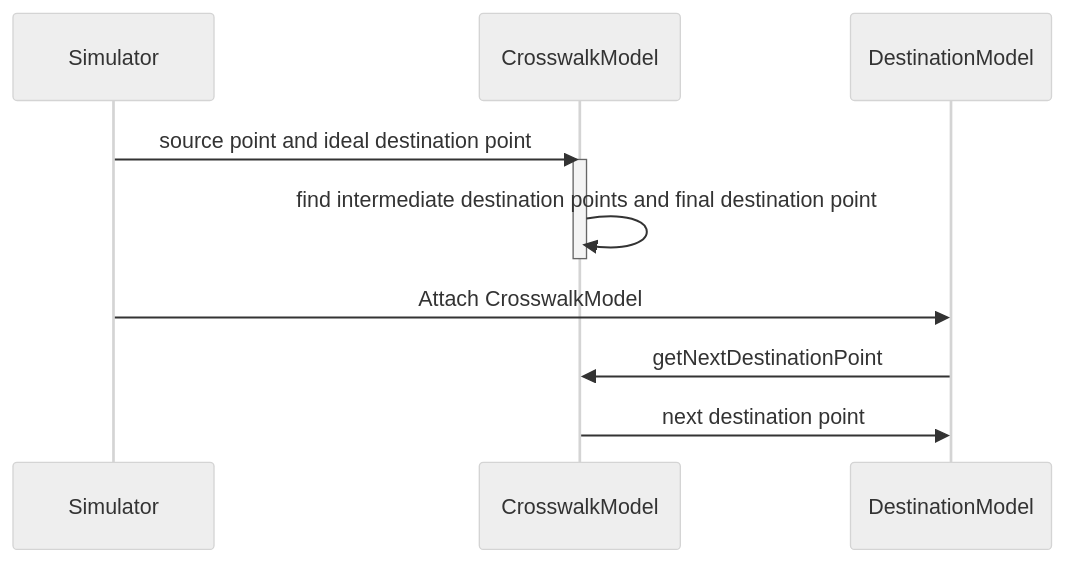
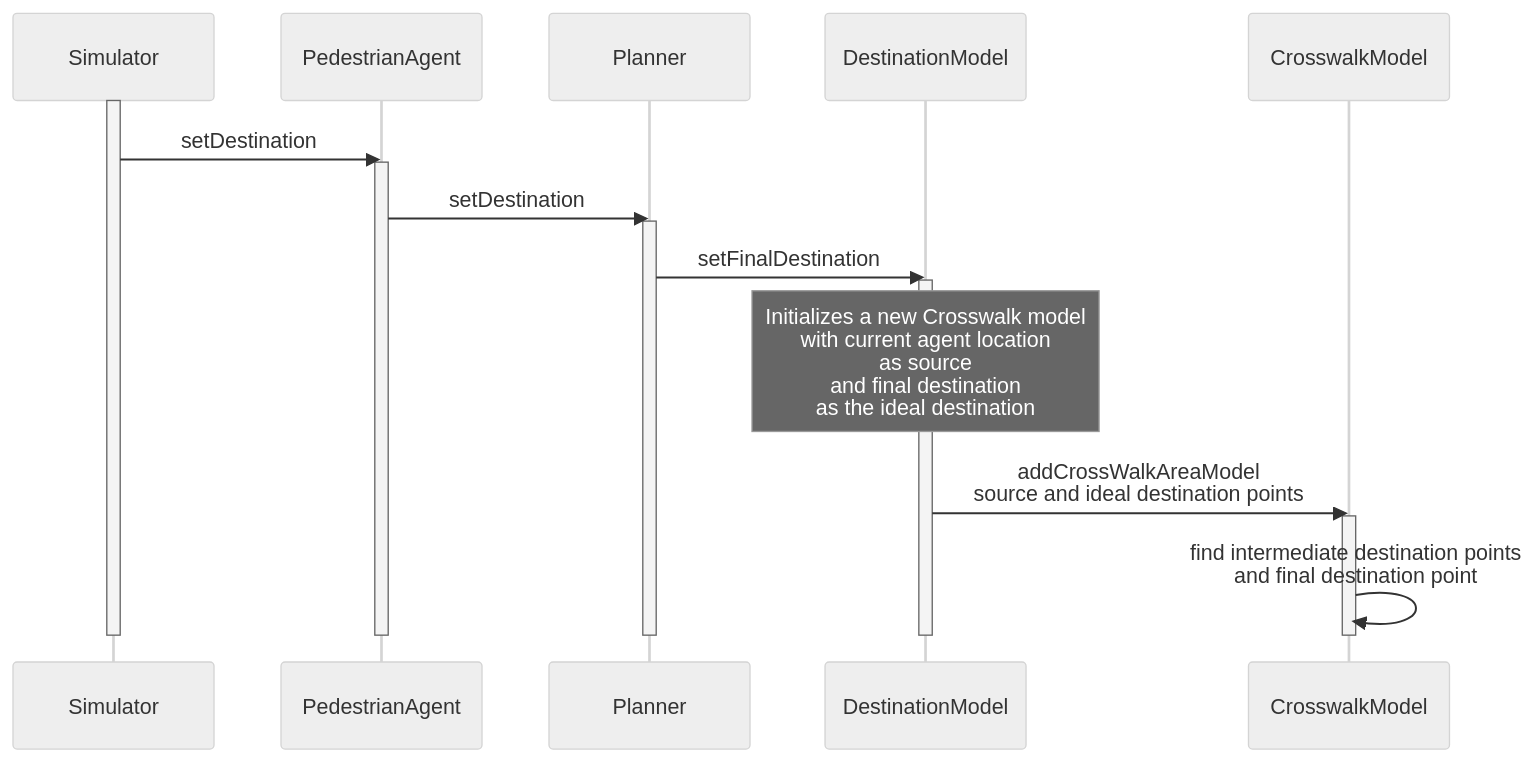
Before and after one commit to adhocmaster/carla-jaywalker-experiments: the first of 2 diagrams in docs/cross-walk-area-model.md, drawn with Mermaid (neutral theme). The commit also changed other lines of this file and 10 other files, not shown here.

````diff
--- a/docs/cross-walk-area-model.md
+++ b/docs/cross-walk-area-model.md
@@ -14,16 +14,27 @@
 ```mermaid
 sequenceDiagram
     participant S as Simulator
+    participant PA as PedestrianAgent
+    participant P as Planner
+    participant D as DestinationModel
     participant C as CrosswalkModel
-    participant D as DestinationModel
 
-    S->>C:source point and ideal destination point
+    activate S
+    S ->> PA:setDestination
+    activate PA
+    PA ->> P:setDestination
+    activate P
+    P ->> D: setFinalDestination
+    activate D
+    note over D: Initializes a new Crosswalk model<br> with current agent location<br>  as source <br> and final destination <br> as the ideal destination
+    D->>C:addCrossWalkAreaModel <br> source and ideal destination points
     activate C
-    C->>C:find intermediate destination points and final destination point
+    C->>C:find intermediate destination points<br> and final destination point
     deactivate C
-    S->>D: Attach CrosswalkModel
-    D->>C: getNextDestinationPoint
-    C->>D: next destination point
+    deactivate D
+    deactivate P
+    deactivate PA
+    deactivate S
 
 
 ```
````
